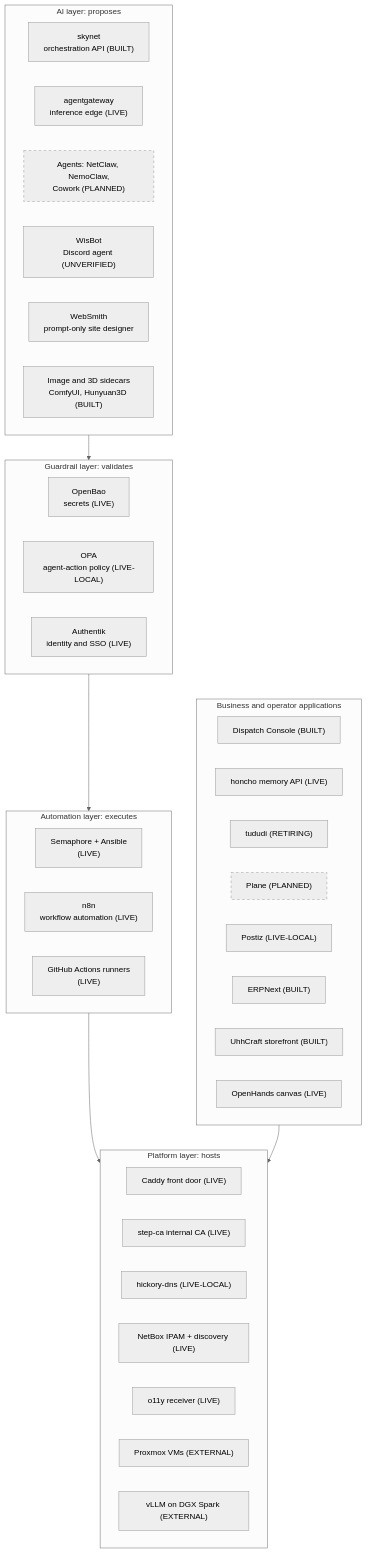
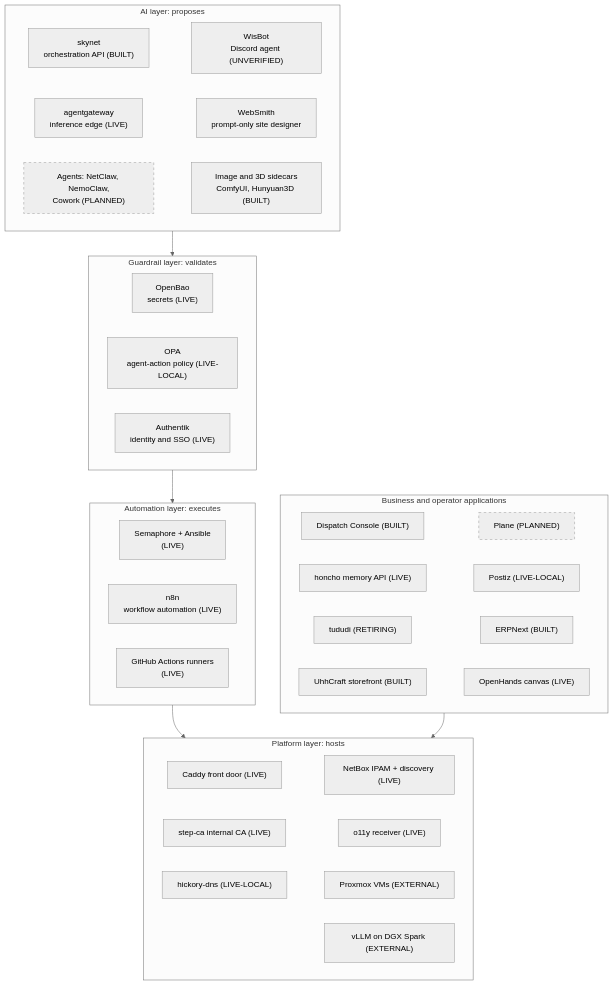
Before and after one commit to uhstray-io/agent-cloud: the first of 10 diagrams in plan/architecture/service-architecture.md, drawn with Mermaid (neutral theme). The commit also changed other lines of this file and 1 other file, not shown here.

First line of the commit message:
docs(architecture): fix diagram placeholders and wide layouts

````diff
--- a/plan/architecture/service-architecture.md
+++ b/plan/architecture/service-architecture.md
@@ -80,44 +80,54 @@
 ```mermaid
 flowchart TD
     subgraph AI["AI layer: proposes"]
         SKYNET["skynet<br/>orchestration API (BUILT)"]
         AGW["agentgateway<br/>inference edge (LIVE)"]
         AGENTS["Agents: NetClaw, NemoClaw,<br/>Cowork (PLANNED)"]
         WISBOT["WisBot<br/>Discord agent (UNVERIFIED)"]
         WEBSMITH["WebSmith<br/>prompt-only site designer"]
         SIDE["Image and 3D sidecars<br/>ComfyUI, Hunyuan3D (BUILT)"]
     end
     subgraph GR["Guardrail layer: validates"]
         BAO["OpenBao<br/>secrets (LIVE)"]
         OPA["OPA<br/>agent-action policy (LIVE-LOCAL)"]
         AK["Authentik<br/>identity and SSO (LIVE)"]
     end
     subgraph AUTO["Automation layer: executes"]
         SEM["Semaphore + Ansible<br/>(LIVE)"]
         N8N["n8n<br/>workflow automation (LIVE)"]
         RUNNERS["GitHub Actions runners<br/>(LIVE)"]
     end
     subgraph APPS["Business and operator applications"]
         CONSOLE["Dispatch Console (BUILT)"]
         HONCHO["honcho memory API (LIVE)"]
         TUDUDI["tududi (RETIRING)"]
         PLANE["Plane (PLANNED)"]
         POSTIZ["Postiz (LIVE-LOCAL)"]
         ERP["ERPNext (BUILT)"]
         UHH["UhhCraft storefront (BUILT)"]
         OH["OpenHands canvas (LIVE)"]
     end
     subgraph PLAT["Platform layer: hosts"]
         CADDY["Caddy front door (LIVE)"]
         CA["step-ca internal CA (LIVE)"]
         DNS["hickory-dns (LIVE-LOCAL)"]
         NB["NetBox IPAM + discovery (LIVE)"]
         O11Y["o11y receiver (LIVE)"]
         PVE["Proxmox VMs (EXTERNAL)"]
         VLLM["vLLM on DGX Spark (EXTERNAL)"]
     end
+    SKYNET ~~~ WISBOT
+    AGW ~~~ WEBSMITH
+    AGENTS ~~~ SIDE
+    CONSOLE ~~~ PLANE
+    HONCHO ~~~ POSTIZ
+    TUDUDI ~~~ ERP
+    UHH ~~~ OH
+    CADDY ~~~ NB
+    CA ~~~ O11Y
+    DNS ~~~ PVE
     AI --> GR --> AUTO --> PLAT
     APPS --> PLAT
     style PLANE stroke-dasharray: 5 5
     style AGENTS stroke-dasharray: 5 5
 ```
````
